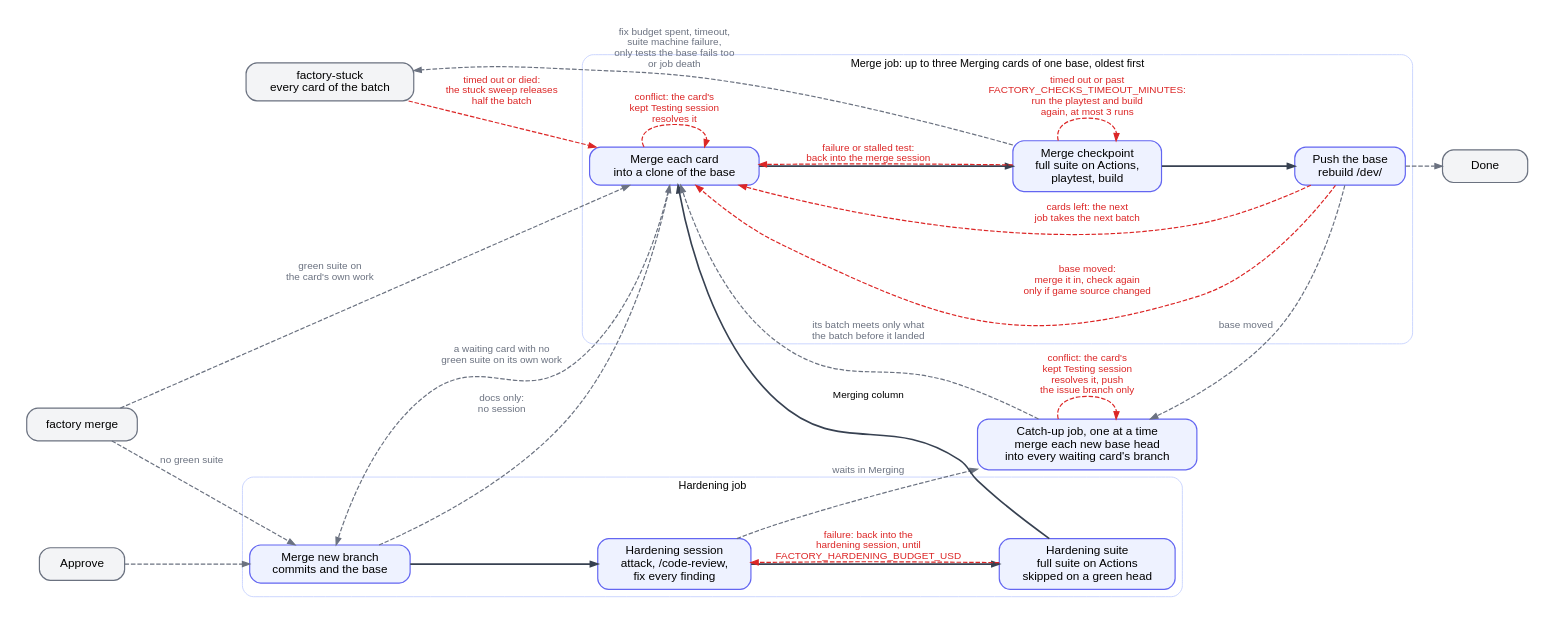
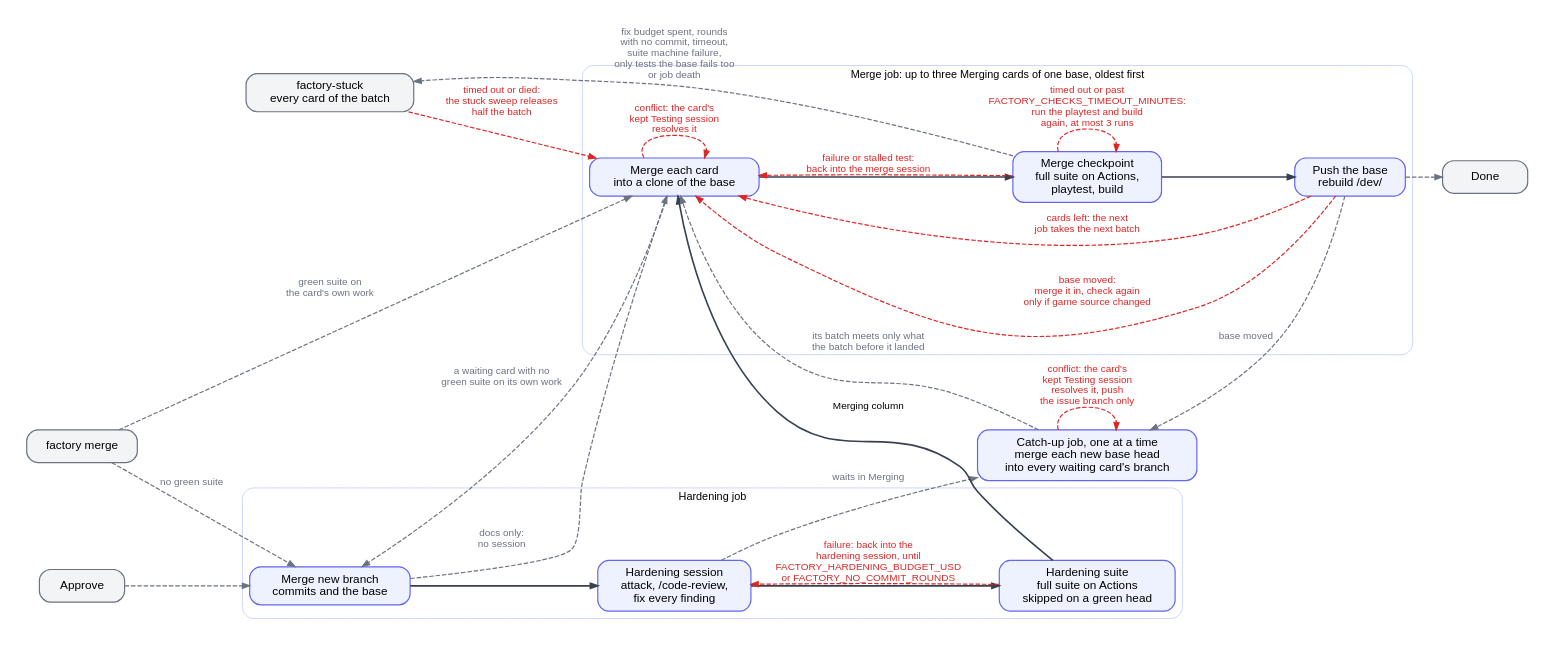
Before and after one commit to ROAM-game-org/road-machiners: the diagram in factory/docs/diagrams/hardening.dot, drawn with Graphviz. The commit also changed 23 other files, not shown here.

Commit message:
A Testing, Hardening, merge or ship fix round with no commit runs no checks again, and three such rounds in a row fail the stage with the head's first failure for Hermes instead of spending the rest of its budget (#1272)

```diff
--- a/factory/docs/diagrams/hardening.dot
+++ b/factory/docs/diagrams/hardening.dot
@@ -1,43 +1,43 @@
 // Hardening and Merging columns. One hardening session reviews and fixes an approved card. The merge queue checks up to three waiting cards of a base merged together before the base takes them, and the next job takes the rest. Each time a base moves, a catch-up job merges it into the branches of the waiting cards.
 // Red: loops back. Grey: leaves the column or enters from outside.
 digraph hardening {
   rankdir=LR; nodesep=0.35; ranksep=0.55; bgcolor=white; pad=0.3;
   node [shape=box, style="rounded,filled", fillcolor="#eef2ff", color="#6366f1", fontname="Helvetica", fontsize=13, margin="0.2,0.1", penwidth=1.3, width=1.3];
   edge [color="#374151", penwidth=1.8, arrowsize=0.8, fontname="Helvetica", fontsize=11];
   subgraph cluster_harden {
     label="Hardening job"; fontname="Helvetica"; fontsize=12; color="#c7d2fe"; style=rounded;
     HM [label="Merge new branch\ncommits and the base"]; HH [label="Hardening session\nattack, /code-review,\nfix every finding"]; HS [label="Hardening suite\nfull suite on Actions\nskipped on a green head"];
     HM -> HH -> HS [weight=100];
   }
   subgraph cluster_merge {
     label="Merge job: up to three Merging cards of one base, oldest first"; fontname="Helvetica"; fontsize=12; color="#c7d2fe"; style=rounded;
     MM [label="Merge each card\ninto a clone of the base"]; MC [label="Merge checkpoint\nfull suite on Actions,\nplaytest, build"]; MP [label="Push the base\nrebuild /dev/"];
     MM -> MC -> MP [weight=100];
   }
   HS -> MM [label="Merging column"];
   CU [label="Catch-up job, one at a time\nmerge each new base head\ninto every waiting card's branch"];
   XA [label="Approve", fillcolor="#f3f4f6", color="#6b7280"];
   XO [label="factory merge", fillcolor="#f3f4f6", color="#6b7280"];
   XS [label="factory-stuck\nevery card of the batch", fillcolor="#f3f4f6", color="#6b7280"];
   XN [label="Done", fillcolor="#f3f4f6", color="#6b7280"];
   edge [color="#dc2626", fontcolor="#dc2626", style=dashed, penwidth=1.3];
   MM -> MM [label="conflict: the card's\nkept Testing session\nresolves it"];
-  HS -> HH [label="failure: back into the\nhardening session, until\nFACTORY_HARDENING_BUDGET_USD"];
+  HS -> HH [label="failure: back into the\nhardening session, until\nFACTORY_HARDENING_BUDGET_USD\nor FACTORY_NO_COMMIT_ROUNDS"];
   MC -> MM [label="failure or stalled test:\nback into the merge session"];
   MC -> MC [label="timed out or past\nFACTORY_CHECKS_TIMEOUT_MINUTES:\nrun the playtest and build\nagain, at most 3 runs"];
   MP -> MM [label="base moved:\nmerge it in, check again\nonly if game source changed"];
   XS -> MM [label="timed out or died:\nthe stuck sweep releases\nhalf the batch"];
   MP -> MM [label="cards left: the next\njob takes the next batch"];
   CU -> CU [label="conflict: the card's\nkept Testing session\nresolves it, push\nthe issue branch only"];
   edge [color="#6b7280", fontcolor="#6b7280"];
   XA -> HM;
   HM -> MM [label="docs only:\nno session"];
   XO -> MM [label="green suite on\nthe card's own work"];
   XO -> HM [label="no green suite"];
   MM -> HM [label="a waiting card with no\ngreen suite on its own work"];
-  MC -> XS [label="fix budget spent, timeout,\nsuite machine failure,\nonly tests the base fails too\nor job death"];
+  MC -> XS [label="fix budget spent, rounds\nwith no commit, timeout,\nsuite machine failure,\nonly tests the base fails too\nor job death"];
   MP -> XN;
   HH -> CU [label="waits in Merging"];
   MP -> CU [label="base moved"];
   CU -> MM [label="its batch meets only what\nthe batch before it landed"];
 }
```
